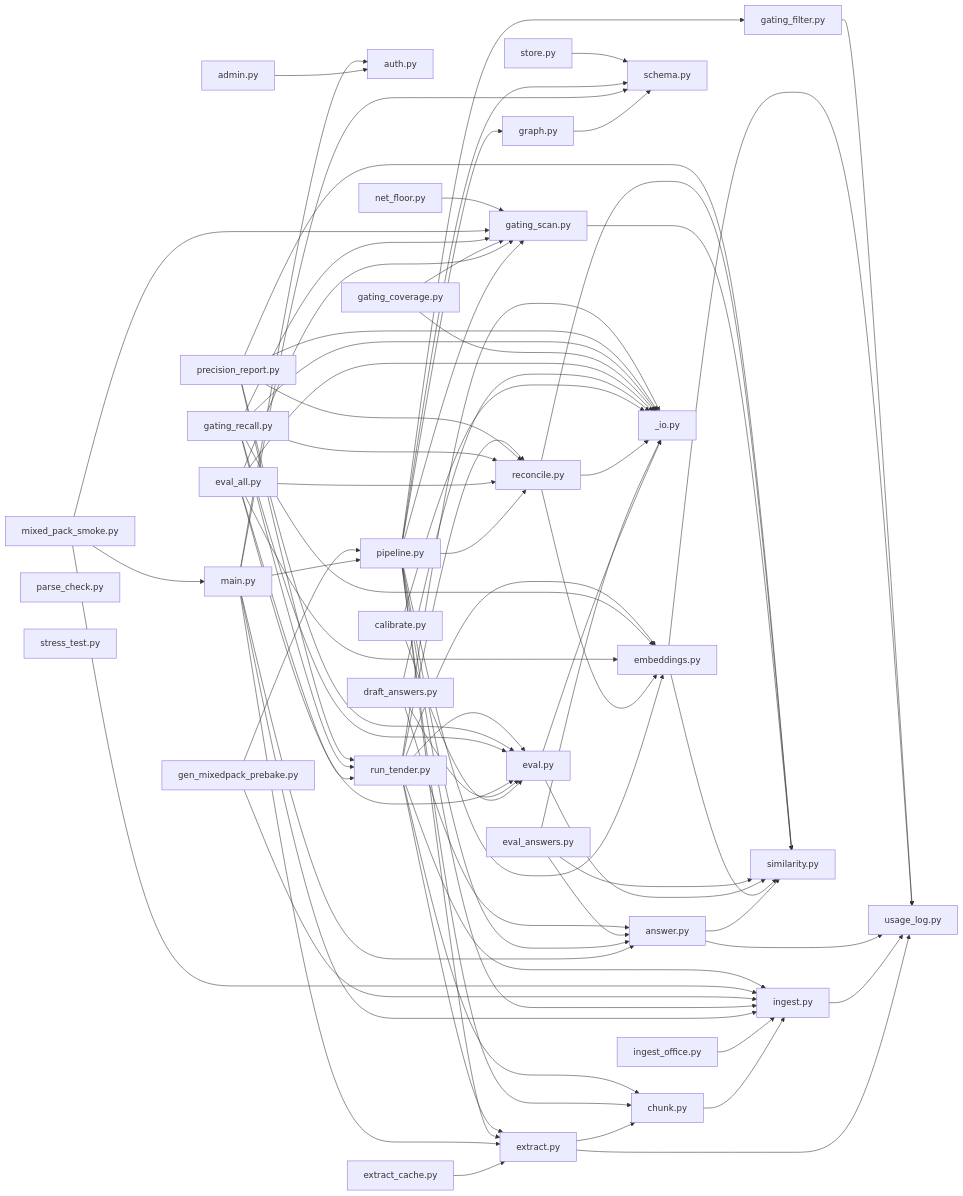
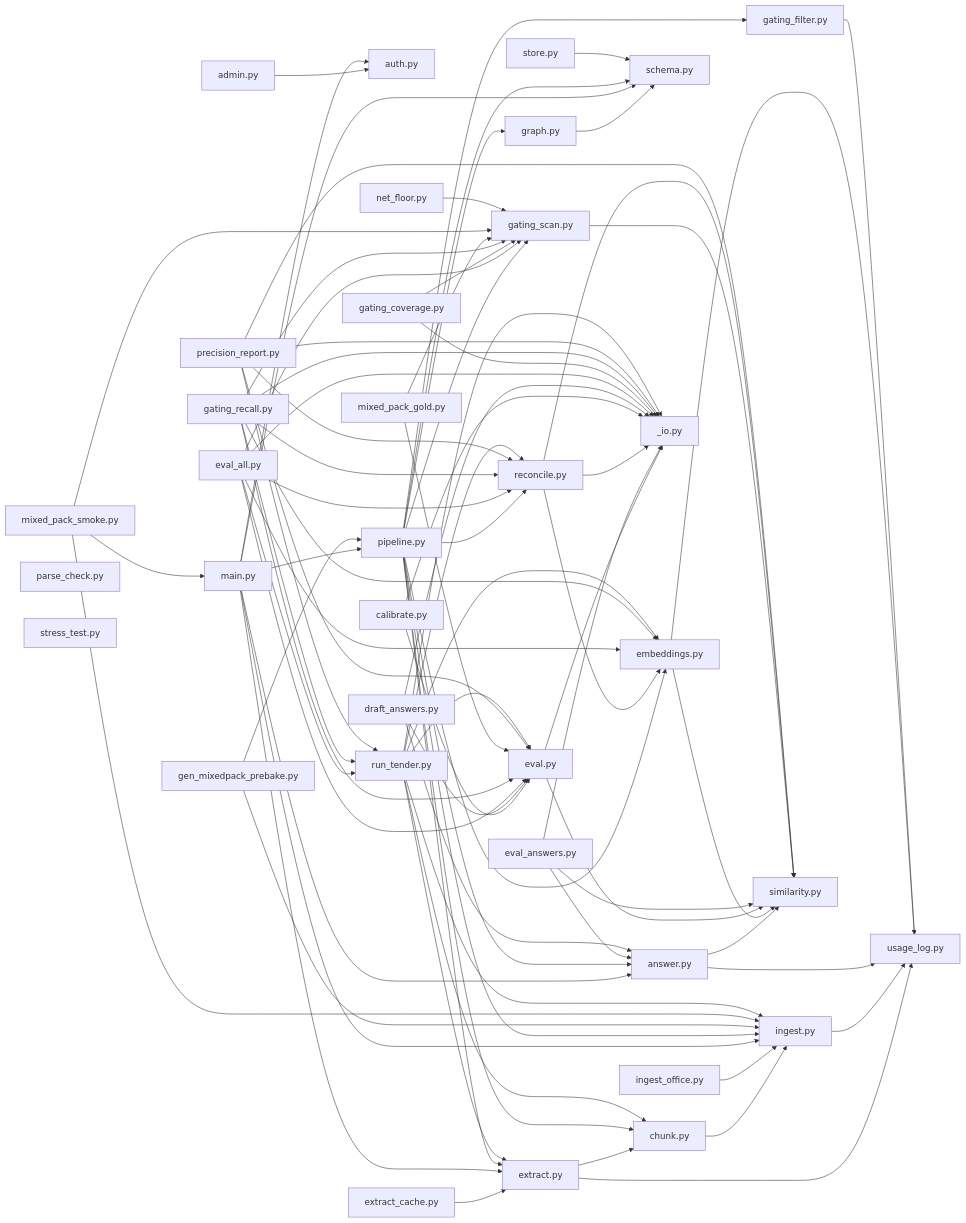
One commit to Welddevelopment/Bidframe changed the third of 3 diagrams in CODEMAP.md. Above: the diagram before and after it, drawn with Mermaid. The commit also changed other lines of this file and 4 other files, not shown here.

Commit message:
engine: add mixed-pack gold scorer

````diff
--- a/CODEMAP.md
+++ b/CODEMAP.md
@@ -446,15 +446,17 @@
   n28[gating_recall.py] --> n15[gating_scan.py]
   n28[gating_recall.py] --> n16[reconcile.py]
   n28[gating_recall.py] --> n26[run_tender.py]
-  n29[mixed_pack_smoke.py] --> n3[ingest.py]
-  n29[mixed_pack_smoke.py] --> n10[main.py]
-  n29[mixed_pack_smoke.py] --> n15[gating_scan.py]
-  n30[net_floor.py] --> n15[gating_scan.py]
-  n31[precision_report.py] --> n21[_io.py]
-  n31[precision_report.py] --> n20[eval.py]
-  n31[precision_report.py] --> n16[reconcile.py]
-  n31[precision_report.py] --> n26[run_tender.py]
-  n31[precision_report.py] --> n19[similarity.py]
+  n29[mixed_pack_gold.py] --> n20[eval.py]
+  n29[mixed_pack_gold.py] --> n15[gating_scan.py]
+  n30[mixed_pack_smoke.py] --> n3[ingest.py]
+  n30[mixed_pack_smoke.py] --> n10[main.py]
+  n30[mixed_pack_smoke.py] --> n15[gating_scan.py]
+  n31[net_floor.py] --> n15[gating_scan.py]
+  n32[precision_report.py] --> n21[_io.py]
+  n32[precision_report.py] --> n20[eval.py]
+  n32[precision_report.py] --> n16[reconcile.py]
+  n32[precision_report.py] --> n26[run_tender.py]
+  n32[precision_report.py] --> n19[similarity.py]
   n26[run_tender.py] --> n2[chunk.py]
   n26[run_tender.py] --> n4[extract.py]
   n26[run_tender.py] --> n3[ingest.py]
@@ -462,6 +464,6 @@
   n26[run_tender.py] --> n13[embeddings.py]
   n26[run_tender.py] --> n20[eval.py]
   n26[run_tender.py] --> n16[reconcile.py]
-  n32[parse_check.py]
-  n33[stress_test.py]
+  n33[parse_check.py]
+  n34[stress_test.py]
 ```
````
